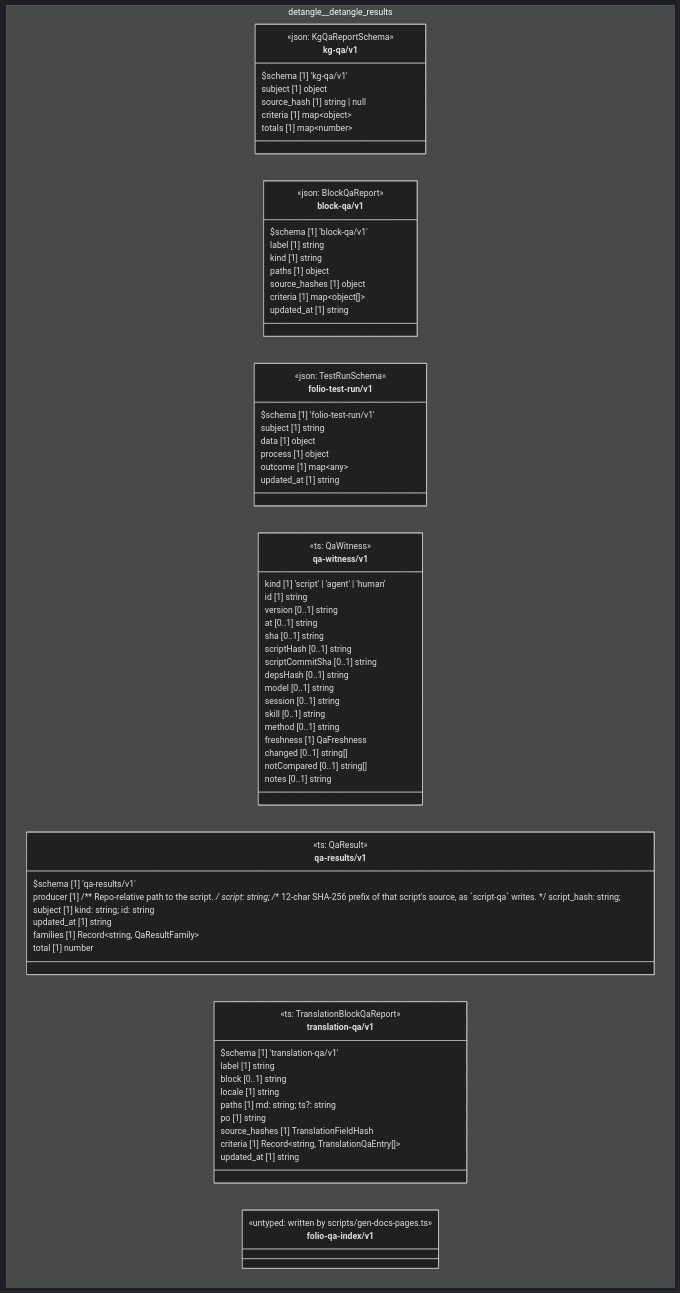
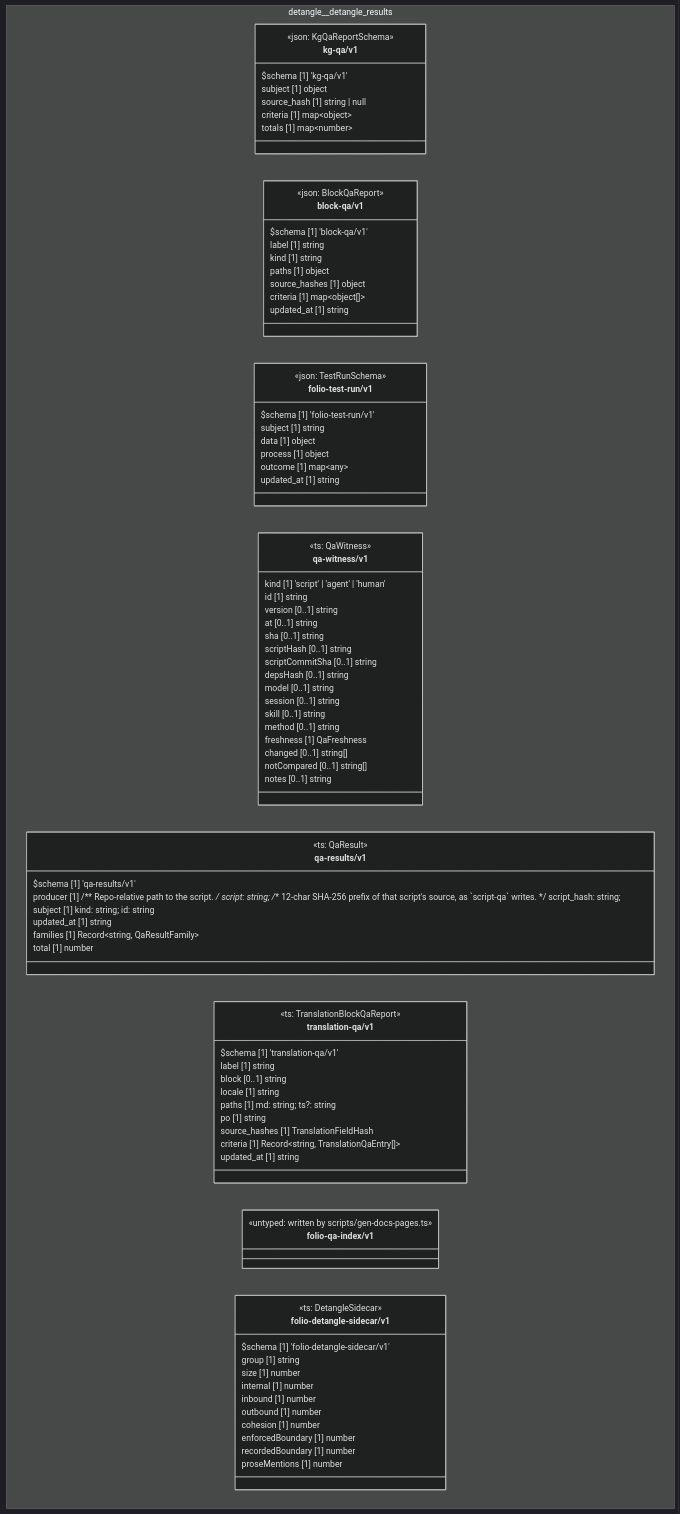
The diagram in cat-harness/docs/uml/overview/detangle/detangle-results.md (litlfred/folio-assistant), drawn with Mermaid (dark theme) before and after one commit. The commit also changed other lines of this file and 220 other files, not shown here.

First line of the commit message:
quda: register node schemas for the graph kinds that had none

````diff
--- a/cat-harness/docs/uml/overview/detangle/detangle-results.md
+++ b/cat-harness/docs/uml/overview/detangle/detangle-results.md
@@ -83,6 +83,19 @@
     class detangle_detangle_results_folio_qa_index_v1["folio-qa-index/v1"] {
       <<untyped: written by scripts/gen-docs-pages.ts>>
     }
+    class detangle_detangle_results_folio_detangle_sidecar_v1["folio-detangle-sidecar/v1"] {
+      <<ts: DetangleSidecar>>
+      $schema [1] 'folio-detangle-sidecar/v1'
+      group [1] string
+      size [1] number
+      internal [1] number
+      inbound [1] number
+      outbound [1] number
+      cohesion [1] number
+      enforcedBoundary [1] number
+      recordedBoundary [1] number
+      proseMentions [1] number
+    }
   }
   cssClass "detangle_detangle_results_kg_qa_v1_kg_qa_v1" fa_uml_kind_qa
   cssClass "detangle_detangle_results_block_qa_v1_block_qa_v1" fa_uml_kind_qa
@@ -91,4 +104,5 @@
   cssClass "detangle_detangle_results_qa_results_v1" fa_uml_kind_qa
   cssClass "detangle_detangle_results_translation_qa_v1" fa_uml_kind_qa
   cssClass "detangle_detangle_results_folio_qa_index_v1" fa_uml_kind_qa
+  cssClass "detangle_detangle_results_folio_detangle_sidecar_v1" fa_uml_kind_qa
 ```
````
